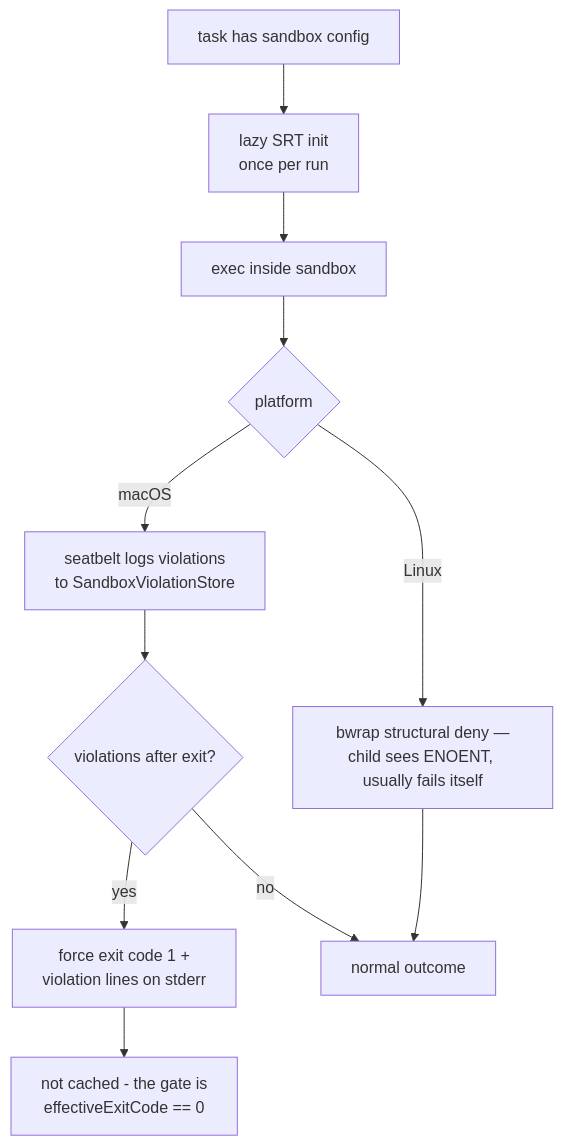
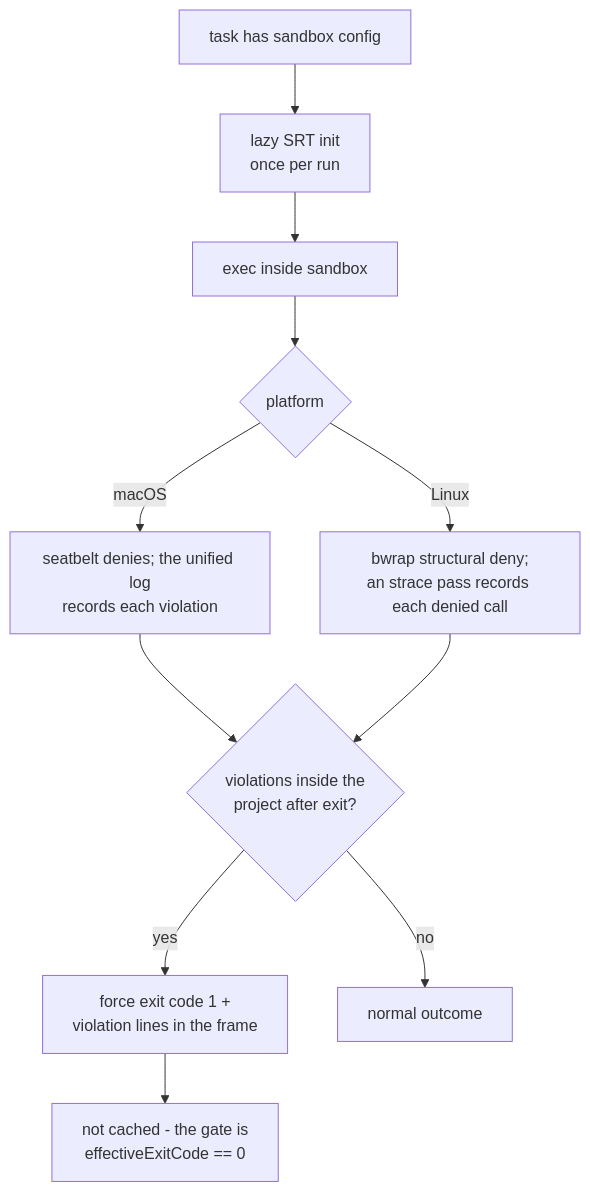
The eighth of 10 diagrams in packages/vx/docs/flows.md (vznjs/vx), drawn with Mermaid before and after one commit. The commit also changed other lines of this file and 4 other files, not shown here.

First line of the commit message:
flows.md and patterns.md read against source; citations are file + phrase

````diff
--- a/packages/vx/docs/flows.md
+++ b/packages/vx/docs/flows.md
@@ -221,13 +221,13 @@
 ```mermaid
 flowchart TD
     A[task has sandbox config] --> B[lazy SRT init<br/>once per run]
     B --> C[exec inside sandbox]
     C --> D{platform}
-    D -->|macOS| E[seatbelt logs violations<br/>to SandboxViolationStore]
-    D -->|Linux| F[bwrap structural deny —<br/>child sees ENOENT, usually fails itself]
-    E --> G{violations after exit?}
-    G -->|yes| H[force exit code 1 +<br/>violation lines on stderr]
+    D -->|macOS| E[seatbelt denies; the unified log<br/>records each violation]
+    D -->|Linux| F[bwrap structural deny;<br/>an strace pass records each denied call]
+    E --> G{violations inside the<br/>project after exit?}
+    F --> G
+    G -->|yes| H[force exit code 1 +<br/>violation lines in the frame]
     G -->|no| I[normal outcome]
     H --> J[not cached - the gate is<br/>effectiveExitCode == 0]
-    F --> I
 ```
````
